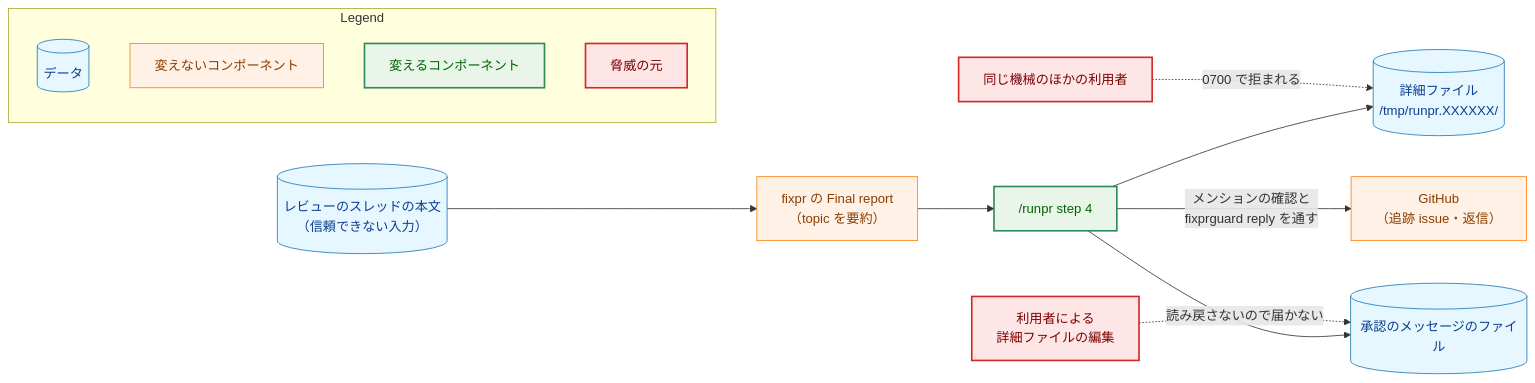
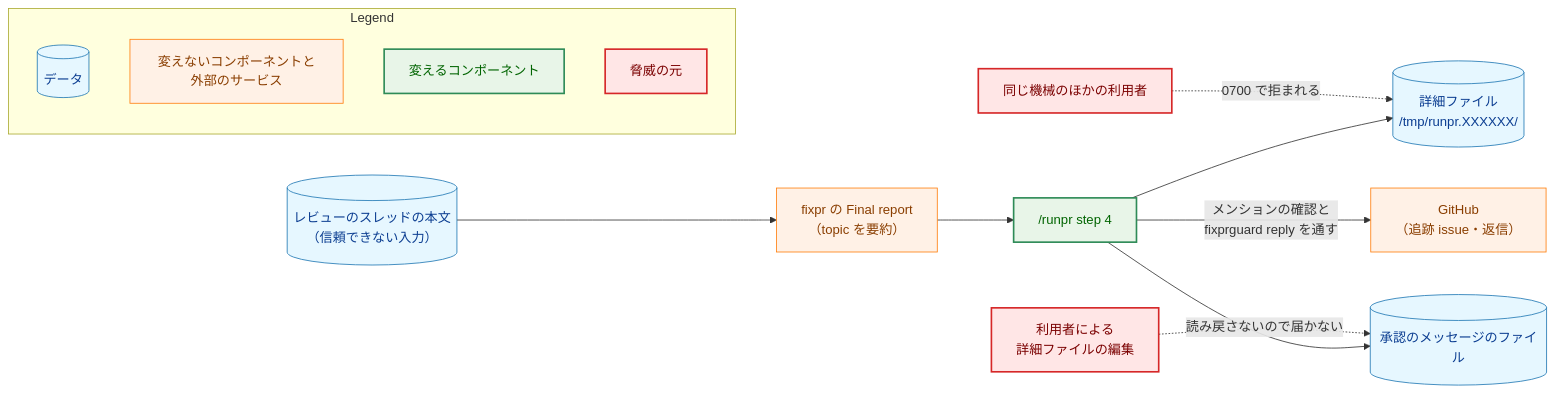
Before and after one commit to isseis/yt2column: the fourth of 5 diagrams in docs/tasks/0089_runpr_merge_question/02_architecture.md, drawn with Mermaid. The commit also changed other lines of this file, not shown here.

First line of the commit message:
docs(0089): address the review of the architecture draft

````diff
--- a/docs/tasks/0089_runpr_merge_question/02_architecture.md
+++ b/docs/tasks/0089_runpr_merge_question/02_architecture.md
@@ -438,39 +470,39 @@
 ```mermaid
 flowchart LR
     classDef data fill:#e6f7ff,stroke:#1f77b4,stroke-width:1px,color:#0b3d91;
     classDef process fill:#fff1e6,stroke:#ff7f0e,stroke-width:1px,color:#8a3e00;
     classDef enhanced fill:#e8f5e8,stroke:#2e8b57,stroke-width:2px,color:#006400;
     classDef problem fill:#ffe6e6,stroke:#d62728,stroke-width:2px,color:#7b0000;
 
     TH[("レビューのスレッドの本文<br>（信頼できない入力）")]
     FX["fixpr の Final report<br>（topic を要約）"]
     RP["/runpr step 4"]
     DF[("詳細ファイル<br>/tmp/runpr.XXXXXX/")]
     LU["同じ機械のほかの利用者"]
     ED["利用者による<br>詳細ファイルの編集"]
     MSG[("承認のメッセージのファイル")]
     GH["GitHub<br>（追跡 issue・返信）"]
 
     TH --> FX --> RP
     RP --> DF
     RP --> MSG
     RP -->|"メンションの確認と<br>fixprguard reply を通す"| GH
     LU -.->|"0700 で拒まれる"| DF
     ED -.->|"読み戻さないので届かない"| MSG
 
     class TH,DF,MSG data
     class FX,GH process
     class RP enhanced
     class LU,ED problem
 
     subgraph Legend["Legend"]
         L1[("データ")]
-        L2["変えないコンポーネント"]
+        L2["変えないコンポーネントと外部のサービス"]
         L3["変えるコンポーネント"]
         L4["脅威の元"]
     end
     class L1 data
     class L2 process
     class L3 enhanced
     class L4 problem
 ```
````
